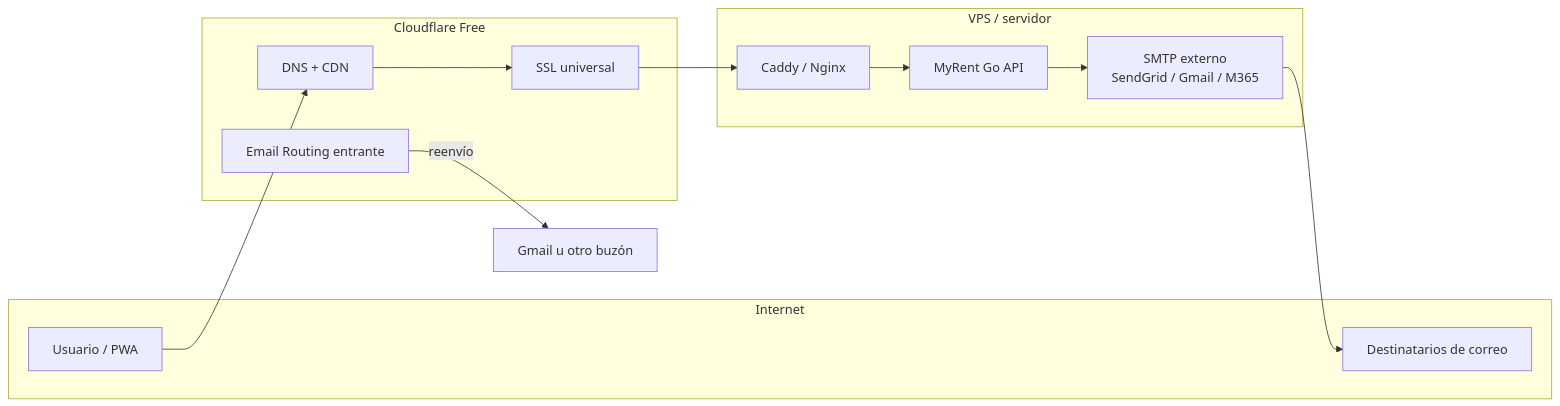
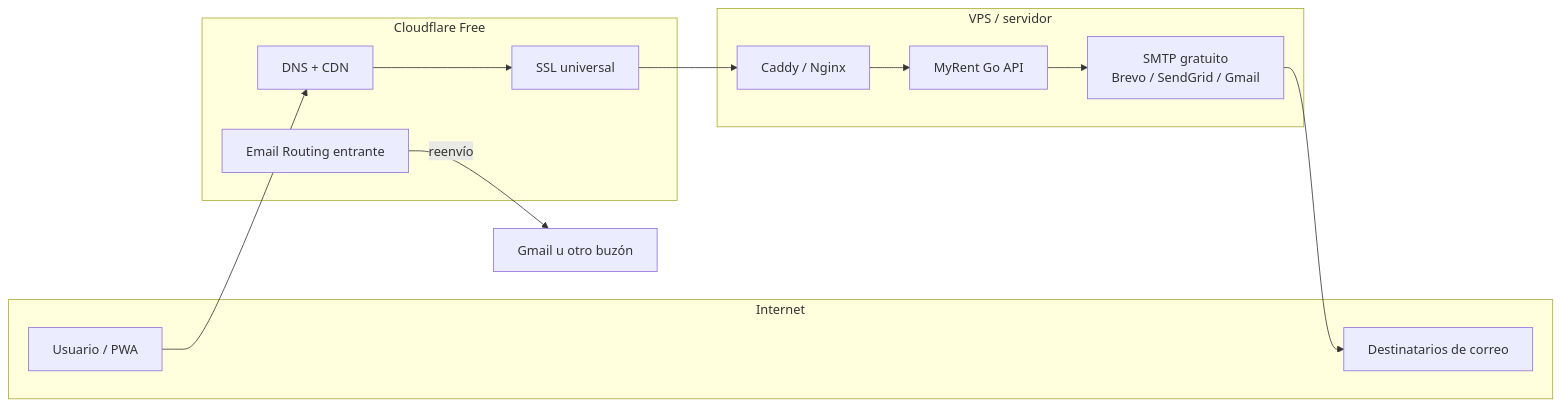
One commit to richardgarces/myrentgo changed the diagram in docs/Cloudflare/README.md. Above: the diagram before and after it, drawn with Mermaid. The commit also changed other lines of this file and 173 other files, not shown here.

````diff
--- a/docs/Cloudflare/README.md
+++ b/docs/Cloudflare/README.md
@@ -17,23 +19,23 @@
 ```mermaid
 graph LR
     subgraph Internet
         U[Usuario / PWA]
         M[Destinatarios de correo]
     end
 
     subgraph Cloudflare["Cloudflare Free"]
         DNS[DNS + CDN]
         SSL[SSL universal]
         ER[Email Routing entrante]
     end
 
     subgraph Origen["VPS / servidor"]
         RP[Caddy / Nginx]
         API[MyRent Go API]
-        SMTP_EXT[SMTP externo<br/>SendGrid / Gmail / M365]
+        SMTP_EXT[SMTP gratuito<br/>Brevo / SendGrid / Gmail]
     end
 
     U --> DNS --> SSL --> RP --> API
     API --> SMTP_EXT --> M
     ER -->|reenvío| Gmail[Gmail u otro buzón]
 ```
````
